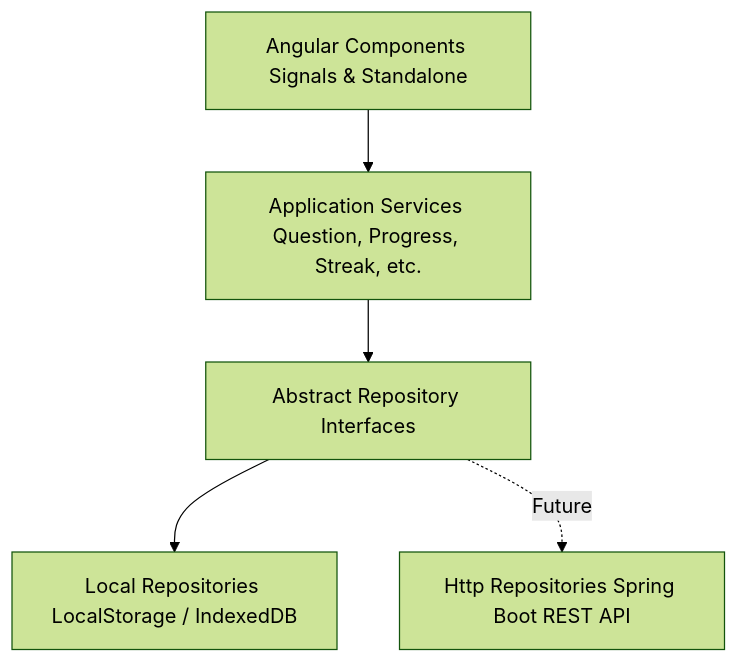
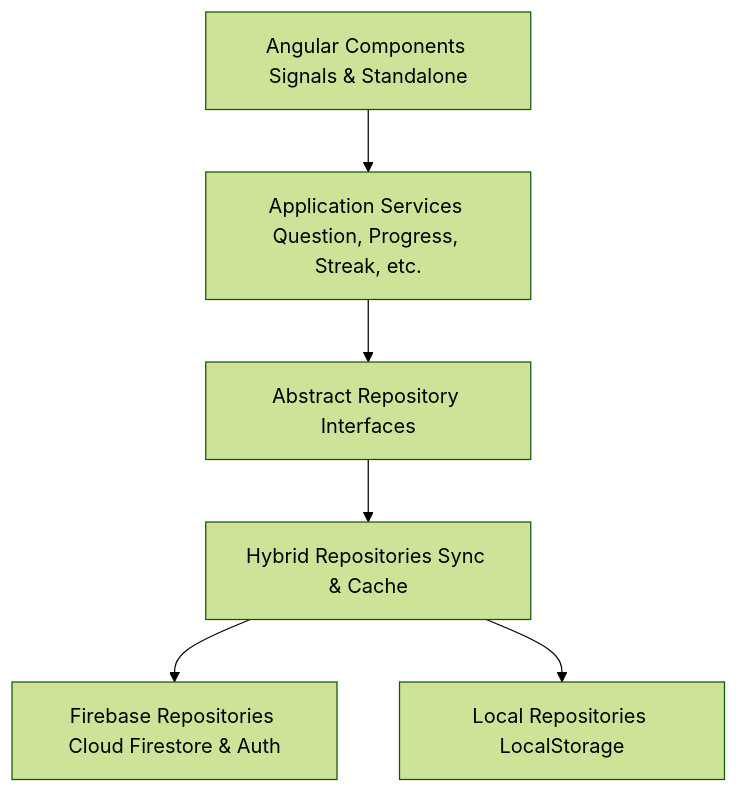
Before and after one commit to sajalsantra/dsa-question-tracker: the diagram in docs/architecture.md, drawn with Mermaid (forest theme). The commit also changed other lines of this file and 110 other files, not shown here.

Commit message:
feat: migrate to frontend-only Firebase and LocalStorage architecture, remove Spring Boot backend

````diff
--- a/docs/architecture.md
+++ b/docs/architecture.md
@@ -6,7 +6,8 @@
 ```mermaid
 graph TD
     UI[Angular Components Signals & Standalone] --> Services[Application Services Question, Progress, Streak, etc.]
     Services --> Repos[Abstract Repository Interfaces]
-    Repos --> LocalRepo[Local Repositories LocalStorage / IndexedDB]
-    Repos -. Future .-> HttpRepo[Http Repositories Spring Boot REST API]
+    Repos --> HybridRepo[Hybrid Repositories Sync & Cache]
+    HybridRepo --> FirebaseRepo[Firebase Repositories Cloud Firestore & Auth]
+    HybridRepo --> LocalRepo[Local Repositories LocalStorage]
 ```
````
